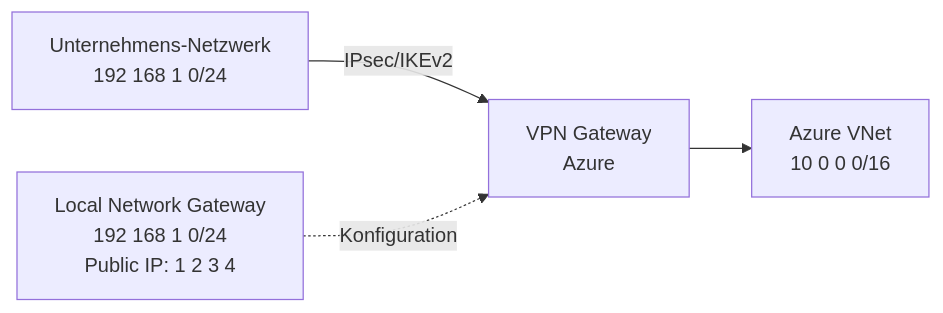
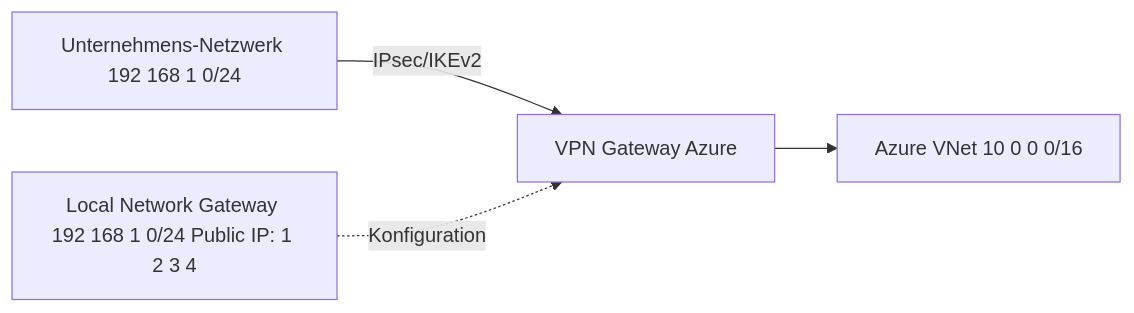
Before and after one commit to SoniiiT/notes-n-docs: the second of 7 diagrams in Microsoft 365/Azure/Netzwerk/Azure VPN Gateway.md, drawn with Mermaid. The commit also changed other lines of this file and 124 other files, not shown here.

First line of the commit message:
fix: Entferne \n aus allen Mermaid-Diagrammen (125 Dateien)

````diff
--- a/Microsoft 365/Azure/Netzwerk/Azure VPN Gateway.md
+++ b/Microsoft 365/Azure/Netzwerk/Azure VPN Gateway.md
@@ -63,7 +63,7 @@
 ```mermaid
 graph LR
-    CORP[Unternehmens-Netzwerk\n192 168 1 0/24] -->|IPsec/IKEv2| VGW[VPN Gateway\nAzure]
-    VGW --> VNET[Azure VNet\n10 0 0 0/16]
+    CORP[Unternehmens-Netzwerk 192 168 1 0/24] -->|IPsec/IKEv2| VGW[VPN Gateway Azure]
+    VGW --> VNET[Azure VNet 10 0 0 0/16]
     
-    LNG[Local Network Gateway\n192 168 1 0/24\nPublic IP: 1 2 3 4] -.->|Konfiguration| VGW
+    LNG[Local Network Gateway 192 168 1 0/24 Public IP: 1 2 3 4] -.->|Konfiguration| VGW
 ```
````
